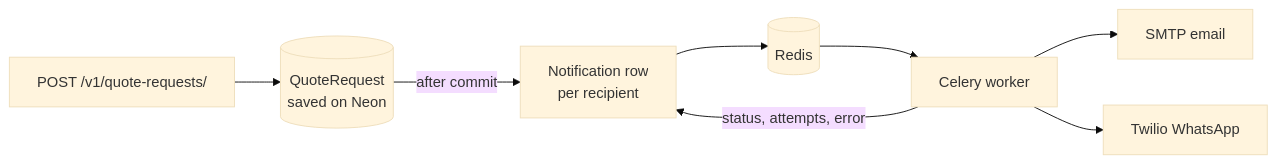
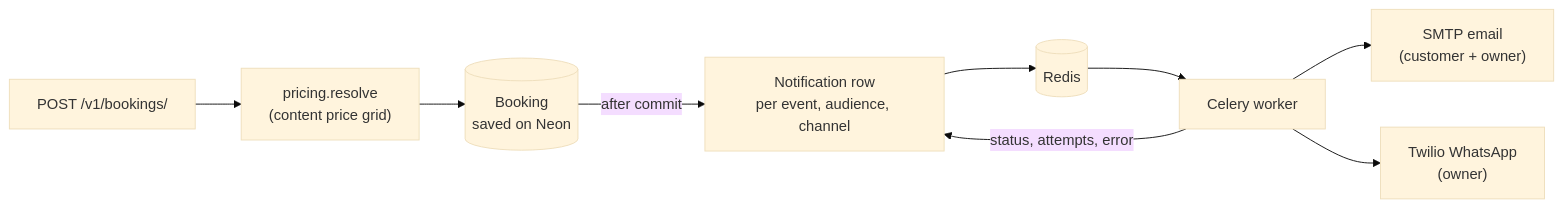
Before and after one commit to NHasan143/driveo-creative: the third of 4 diagrams in README.md, drawn with Mermaid (base theme). The commit also changed other lines of this file and 103 other files, not shown here.

````diff
--- a/README.md
+++ b/README.md
@@ -393,9 +414,9 @@
 ```mermaid
 flowchart LR
-    Form["POST /v1/quote-requests/"] --> Save[("QuoteRequest<br/>saved on Neon")]
-    Save -->|after commit| Rows["Notification row<br/>per recipient"]
+    Form["POST /v1/bookings/"] --> Price["pricing.resolve<br/>(content price grid)"] --> Save[("Booking<br/>saved on Neon")]
+    Save -->|after commit| Rows["Notification row<br/>per event, audience, channel"]
     Rows --> Redis[("Redis")] --> Worker["Celery worker"]
-    Worker --> Email["SMTP email"]
-    Worker --> WA["Twilio WhatsApp"]
+    Worker --> Email["SMTP email<br/>(customer + owner)"]
+    Worker --> WA["Twilio WhatsApp<br/>(owner)"]
     Worker -->|status, attempts, error| Rows
 ```
````
